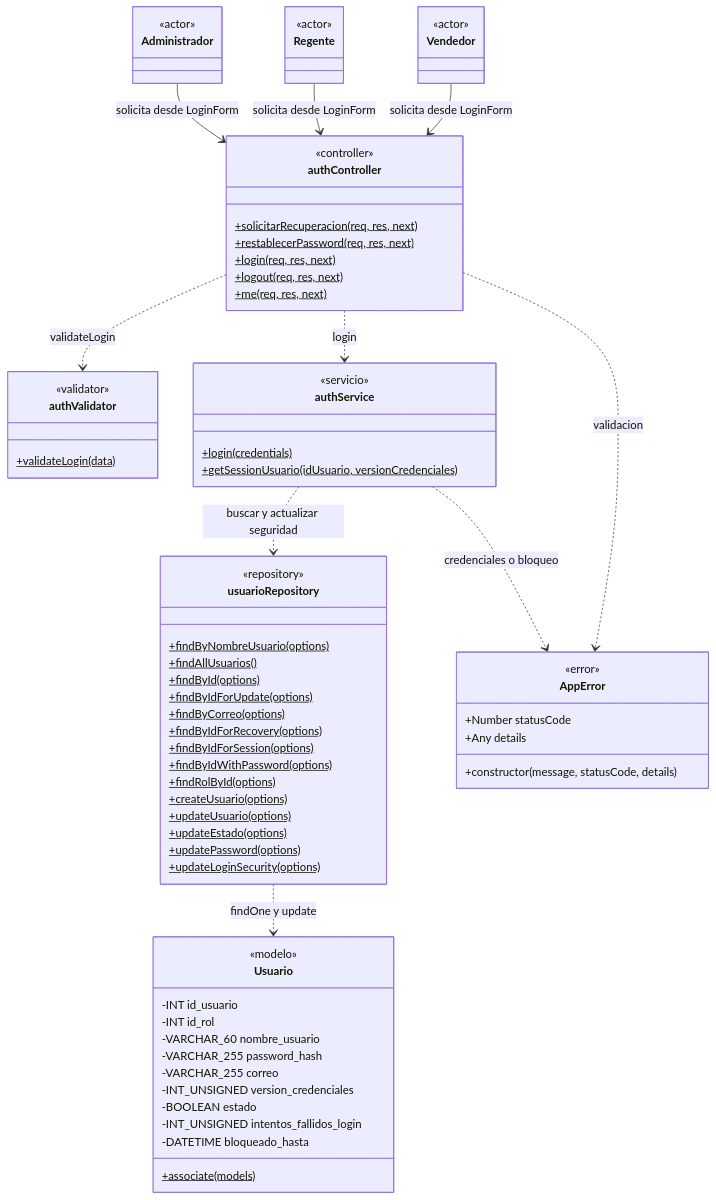
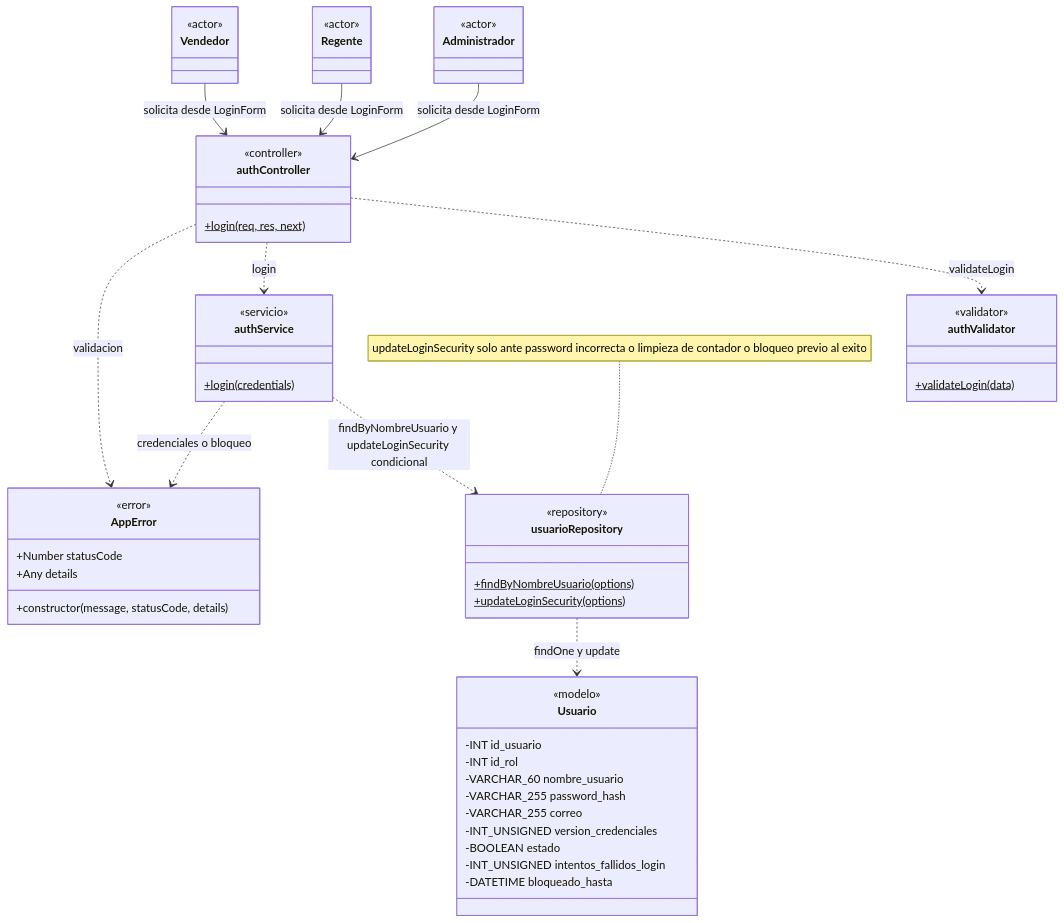
The first of 34 diagrams in docs/ai/analisis-clase.md (CreepyBowDev/cadefar-inventory-system), drawn with Mermaid before and after one commit. The commit also changed other lines of this file, not shown here.

````diff
--- a/docs/ai/analisis-clase.md
+++ b/docs/ai/analisis-clase.md
@@ -152,68 +245,51 @@
 ```mermaid
 classDiagram
     class Administrador { <<actor>> }
     class Regente { <<actor>> }
     class Vendedor { <<actor>> }
     class authController {
         <<controller>>
-        +solicitarRecuperacion(req, res, next)$
-        +restablecerPassword(req, res, next)$
         +login(req, res, next)$
-        +logout(req, res, next)$
-        +me(req, res, next)$
     }
     class authValidator {
         <<validator>>
         +validateLogin(data)$
     }
     class authService {
         <<servicio>>
         +login(credentials)$
-        +getSessionUsuario(idUsuario, versionCredenciales)$
     }
     class usuarioRepository {
         <<repository>>
         +findByNombreUsuario(options)$
-        +findAllUsuarios()$
-        +findById(options)$
-        +findByIdForUpdate(options)$
-        +findByCorreo(options)$
-        +findByIdForRecovery(options)$
-        +findByIdForSession(options)$
-        +findByIdWithPassword(options)$
-        +findRolById(options)$
-        +createUsuario(options)$
-        +updateUsuario(options)$
-        +updateEstado(options)$
-        +updatePassword(options)$
         +updateLoginSecurity(options)$
     }
     class Usuario {
         <<modelo>>
         -INT id_usuario
         -INT id_rol
         -VARCHAR_60 nombre_usuario
         -VARCHAR_255 password_hash
         -VARCHAR_255 correo
         -INT_UNSIGNED version_credenciales
         -BOOLEAN estado
         -INT_UNSIGNED intentos_fallidos_login
         -DATETIME bloqueado_hasta
-        +associate(models)$
     }
     class AppError {
         <<error>>
         +Number statusCode
         +Any details
         +constructor(message, statusCode, details)
     }
     Administrador --> authController : solicita desde LoginForm
     Regente --> authController : solicita desde LoginForm
     Vendedor --> authController : solicita desde LoginForm
     authController ..> authValidator : validateLogin
     authController ..> authService : login
     authController ..> AppError : validacion
-    authService ..> usuarioRepository : buscar y actualizar seguridad
+    authService ..> usuarioRepository : findByNombreUsuario y updateLoginSecurity condicional
     authService ..> AppError : credenciales o bloqueo
     usuarioRepository ..> Usuario : findOne y update
+    note for usuarioRepository "updateLoginSecurity solo ante password incorrecta o limpieza de contador o bloqueo previo al exito"
 ```
````
